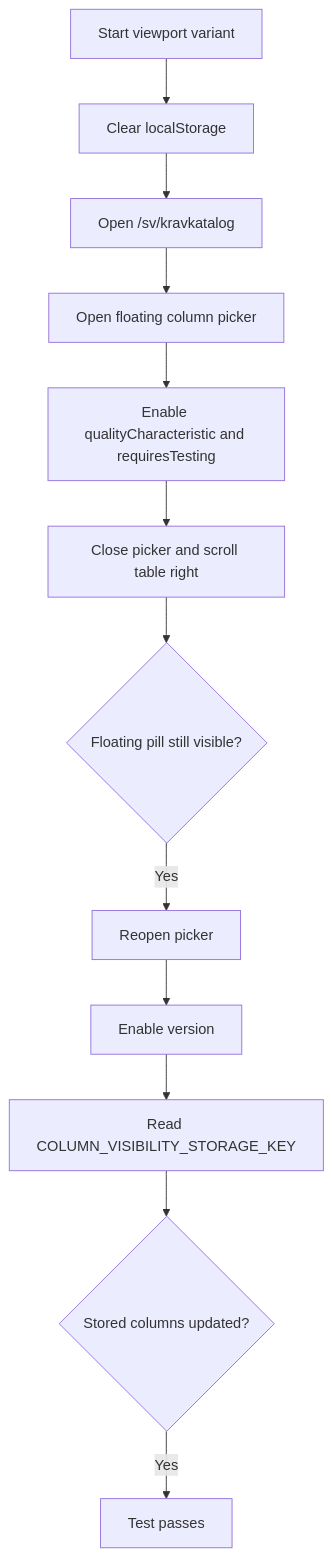
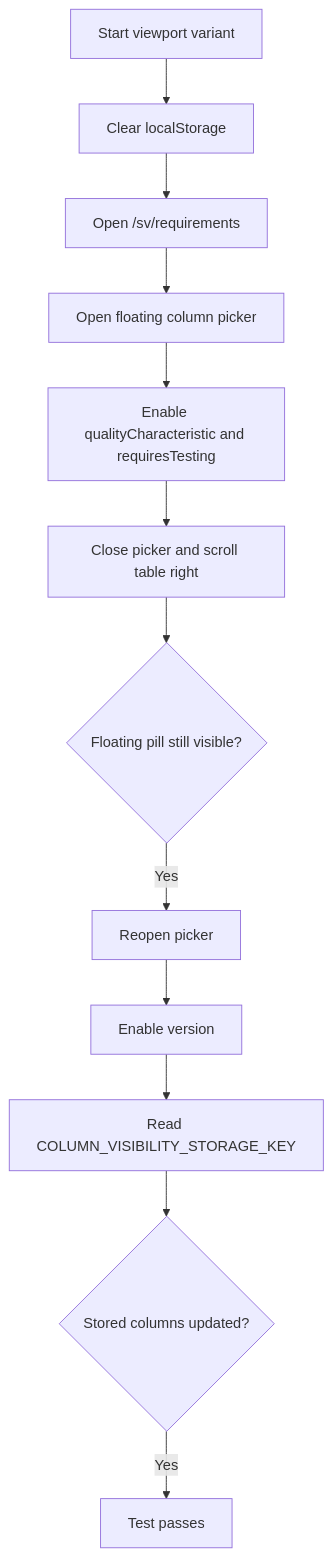
One commit to viscalyx/Kravhantering changed the first of 3 diagrams in tests/integration/requirements-table-column-picker.md. Above: the diagram before and after it, drawn with Mermaid. The commit also changed other lines of this file and 36 other files, not shown here.

````diff
--- a/tests/integration/requirements-table-column-picker.md
+++ b/tests/integration/requirements-table-column-picker.md
@@ -36,14 +36,14 @@
 ```mermaid
 flowchart TD
     A[Start viewport variant] --> B[Clear localStorage]
-    B --> C[Open /sv/kravkatalog]
+    B --> C[Open /sv/requirements]
     C --> D[Open floating column picker]
     D --> E[Enable qualityCharacteristic and requiresTesting]
     E --> F[Close picker and scroll table right]
     F --> G{Floating pill still visible?}
     G -- Yes --> H[Reopen picker]
     H --> I[Enable version]
     I --> J[Read COLUMN_VISIBILITY_STORAGE_KEY]
     J --> K{Stored columns updated?}
     K -- Yes --> L[Test passes]
 ```
````
